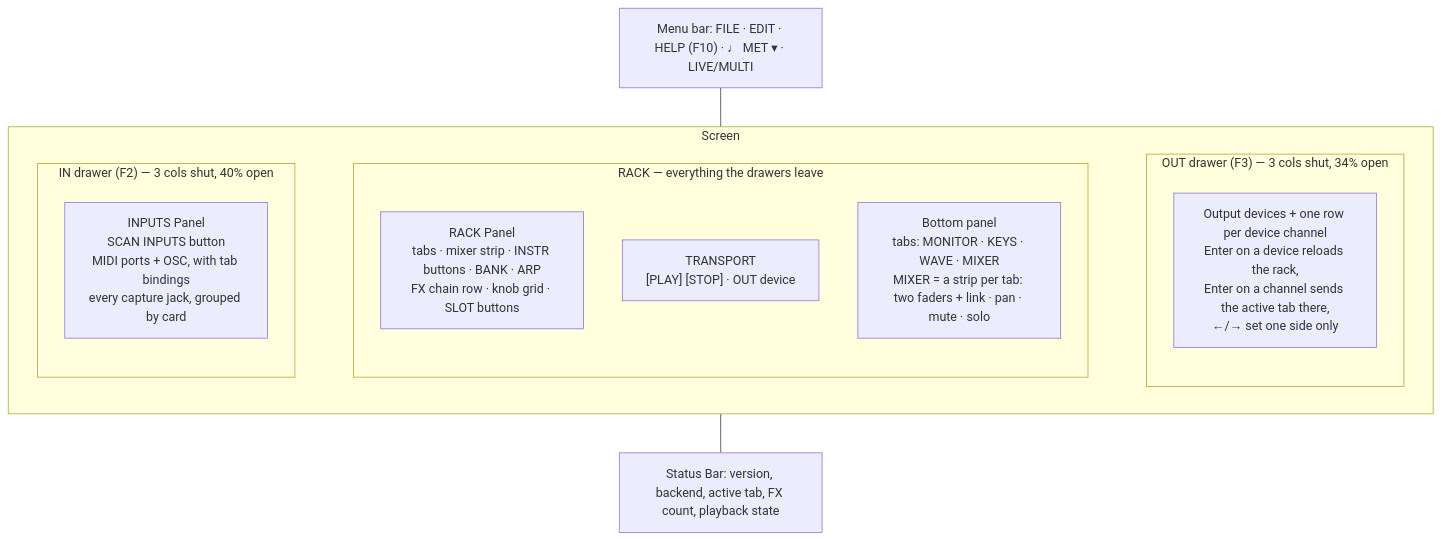
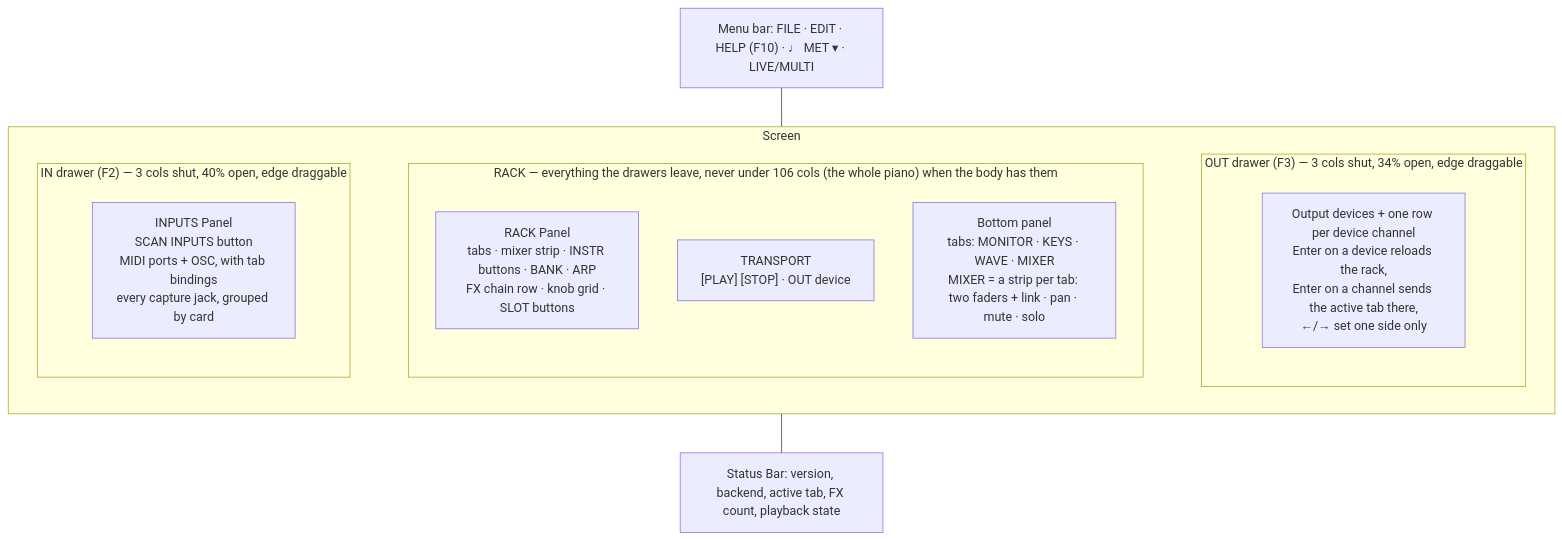
Before and after one commit to jacodelia/choz: the sixth of 8 diagrams in docs/architecture.md, drawn with Mermaid. The commit also changed 8 other files, not shown here.

````diff
--- a/docs/architecture.md
+++ b/docs/architecture.md
@@ -970,24 +970,24 @@
 ```mermaid
 flowchart TB
     MB["Menu bar: FILE · EDIT · HELP (F10) · ♩ MET ▾ · LIVE/MULTI"]
     subgraph Screen
         direction LR
-        subgraph Left["IN drawer (F2) — 3 cols shut, 40% open"]
+        subgraph Left["IN drawer (F2) — 3 cols shut, 40% open, edge draggable"]
             SP["INPUTS Panel<br/>SCAN INPUTS button<br/>MIDI ports + OSC, with tab bindings<br/>every capture jack, grouped by card"]
         end
-        subgraph Mid["RACK — everything the drawers leave"]
+        subgraph Mid["RACK — everything the drawers leave, never under 106 cols (the whole piano) when the body has them"]
             FXP["RACK Panel<br/>tabs · mixer strip · INSTR buttons · BANK · ARP<br/>FX chain row · knob grid · SLOT buttons"]
             TR["TRANSPORT<br/>[PLAY] [STOP] · OUT device"]
             MM["Bottom panel<br/>tabs: MONITOR · KEYS · WAVE · MIXER<br/>MIXER = a strip per tab: two faders + link · pan · mute · solo"]
         end
-        subgraph Right["OUT drawer (F3) — 3 cols shut, 34% open"]
+        subgraph Right["OUT drawer (F3) — 3 cols shut, 34% open, edge draggable"]
             OP["Output devices + one row per device channel<br/>Enter on a device reloads the rack,<br/>Enter on a channel sends the active tab there,<br/>←/→ set one side only"]
         end
     end
     SB["Status Bar: version, backend, active tab, FX count, playback state"]
 
     MB --- Screen
     Left ~~~ Mid
     Mid ~~~ Right
     Screen --- SB
 ```
````
